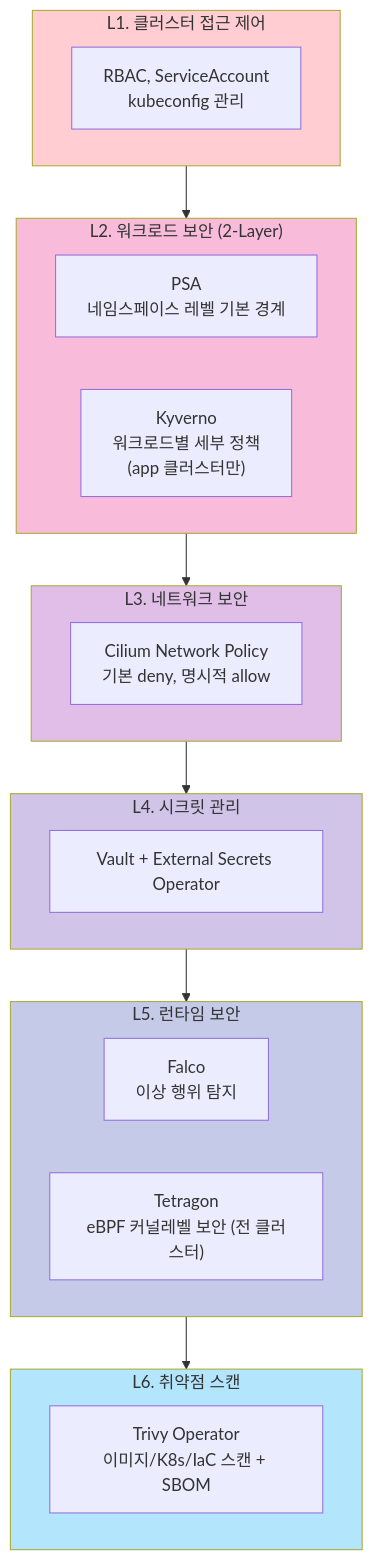
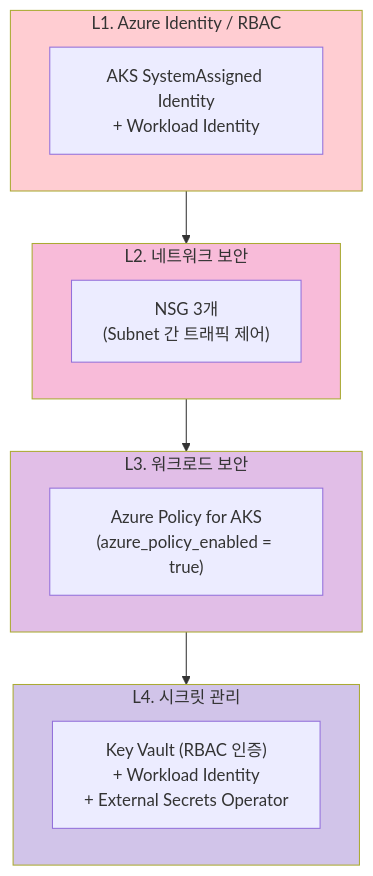
One commit to bocopile/mac-k8s-multipass-terraform changed the fourth of 6 diagrams in document/on-premise/ARCHITECTURE.md. Above: the diagram before and after it, drawn with Mermaid. The commit also changed other lines of this file and 1 other file, not shown here.

````diff
--- a/document/on-premise/ARCHITECTURE.md
+++ b/document/on-premise/ARCHITECTURE.md
@@ -378,37 +311,25 @@
 ```mermaid
 flowchart TB
-    subgraph L1["L1. 클러스터 접근 제어"]
-        access["RBAC, ServiceAccount<br/>kubeconfig 관리"]
+    subgraph L1["L1. Azure Identity / RBAC"]
+        auth["AKS SystemAssigned Identity<br/>+ Workload Identity"]
     end
 
-    subgraph L2["L2. 워크로드 보안 (2-Layer)"]
-        PSA["PSA<br/>네임스페이스 레벨 기본 경계"]
-        Kyverno["Kyverno<br/>워크로드별 세부 정책<br/>(app 클러스터만)"]
+    subgraph L2["L2. 네트워크 보안"]
+        NSG["NSG 3개<br/>(Subnet 간 트래픽 제어)"]
     end
 
-    subgraph L3["L3. 네트워크 보안"]
-        netpol["Cilium Network Policy<br/>기본 deny, 명시적 allow"]
+    subgraph L3["L3. 워크로드 보안"]
+        Policy["Azure Policy for AKS<br/>(azure_policy_enabled = true)"]
     end
 
     subgraph L4["L4. 시크릿 관리"]
-        secrets["Vault + External Secrets Operator"]
+        KV["Key Vault (RBAC 인증)<br/>+ Workload Identity<br/>+ External Secrets Operator"]
     end
 
-    subgraph L5["L5. 런타임 보안"]
-        runtime["Falco<br/>이상 행위 탐지"]
-        tetragon["Tetragon<br/>eBPF 커널레벨 보안 (전 클러스터)"]
-    end
-
-    subgraph L6["L6. 취약점 스캔"]
-        trivy["Trivy Operator<br/>이미지/K8s/IaC 스캔 + SBOM"]
-    end
-
-    L1 --> L2 --> L3 --> L4 --> L5 --> L6
+    L1 --> L2 --> L3 --> L4
 
     style L1 fill:#ffcdd2
     style L2 fill:#f8bbd9
     style L3 fill:#e1bee7
     style L4 fill:#d1c4e9
-    style L5 fill:#c5cae9
-    style L6 fill:#b3e5fc
 ```
````
